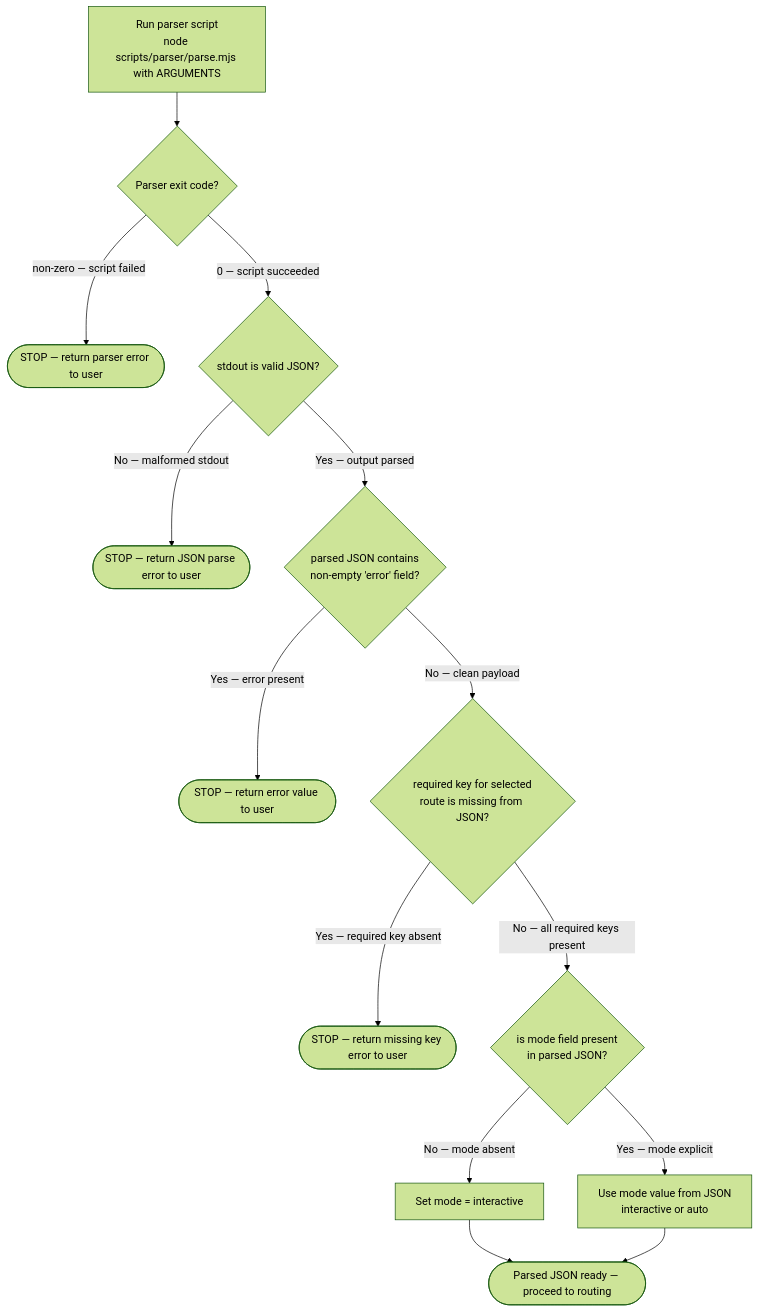
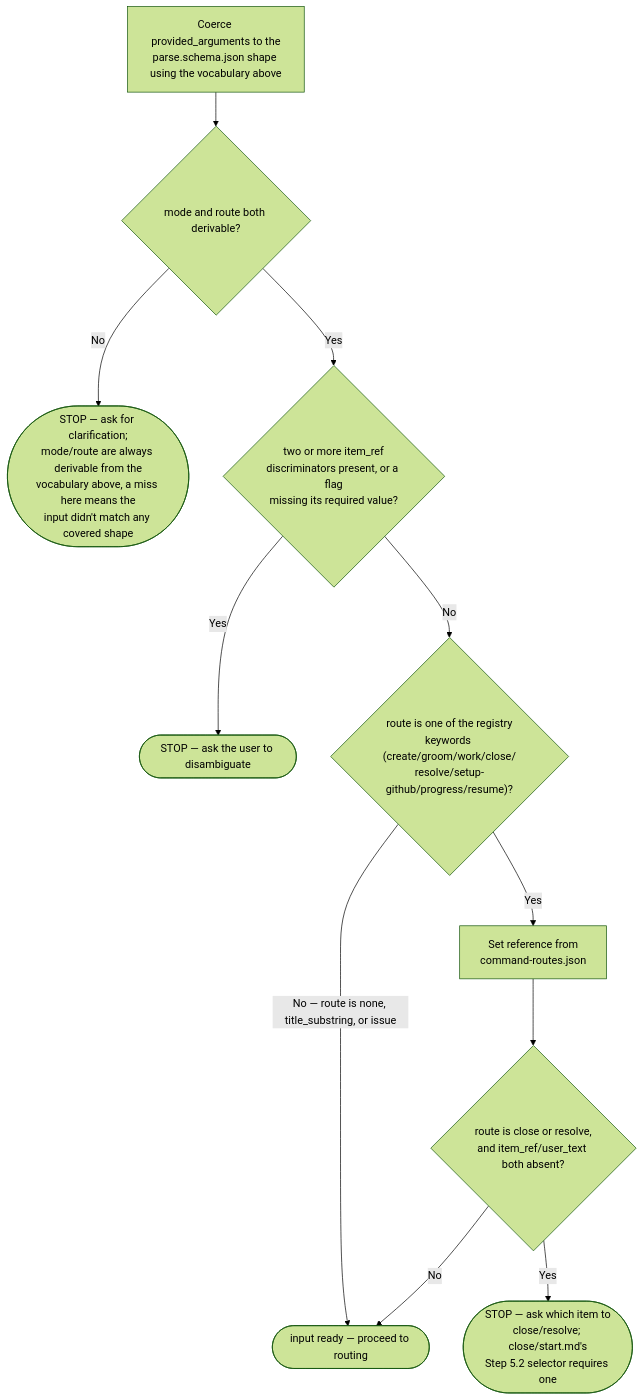
The first of 3 diagrams in plugins/development-harness/skills/work-backlog-item/SKILL.md (Jamie-BitFlight/claude_skills), drawn with Mermaid (forest theme) before and after one commit. The commit also changed other lines of this file and 7 other files, not shown here.

First line of the commit message:
fix(development-harness): eliminate arg-injection vulnerability in work-backlog-item (#2981)

````diff
--- a/plugins/development-harness/skills/work-backlog-item/SKILL.md
+++ b/plugins/development-harness/skills/work-backlog-item/SKILL.md
@@ -35,17 +53,14 @@
 ```mermaid
 flowchart TD
-    %% Run before any routing — parser normalizes all argument forms into structured JSON
-    Parse["Run parser script<br>node scripts/parser/parse.mjs with ARGUMENTS"] --> ExitCheck{"Parser exit code?"}
-    ExitCheck -->|"non-zero — script failed"| ErrExit(["STOP — return parser error to user"])
-    ExitCheck -->|"0 — script succeeded"| JsonCheck{"stdout is valid JSON?"}
-    JsonCheck -->|"No — malformed stdout"| ErrJson(["STOP — return JSON parse error to user"])
-    JsonCheck -->|"Yes — output parsed"| ErrField{"parsed JSON contains<br>non-empty 'error' field?"}
-    ErrField -->|"Yes — error present"| ErrVal(["STOP — return error value to user"])
-    ErrField -->|"No — clean payload"| KeyCheck{"required key for selected<br>route is missing from JSON?"}
-    KeyCheck -->|"Yes — required key absent"| ErrKey(["STOP — return missing key error to user"])
-    KeyCheck -->|"No — all required keys present"| ModeSet{"is mode field present<br>in parsed JSON?"}
-    ModeSet -->|"No — mode absent"| DefaultMode["Set mode = interactive"]
-    ModeSet -->|"Yes — mode explicit"| UseMode["Use mode value from JSON<br>interactive or auto"]
-    DefaultMode --> Ready(["Parsed JSON ready — proceed to routing"])
-    UseMode --> Ready
+    %% No subprocess, no shell — coerce provided_arguments directly against the vocabulary above.
+    Coerce["Coerce provided_arguments to the<br>parse.schema.json shape using the vocabulary above"] --> ReqCheck{"mode and route both derivable?"}
+    ReqCheck -->|"No"| ErrReq(["STOP — ask for clarification;<br>mode/route are always derivable from the<br>vocabulary above, a miss here means the<br>input didn't match any covered shape"])
+    ReqCheck -->|"Yes"| ConflictCheck{"two or more item_ref<br>discriminators present, or a flag<br>missing its required value?"}
+    ConflictCheck -->|"Yes"| ErrConflict(["STOP — ask the user to disambiguate"])
+    ConflictCheck -->|"No"| RouteCheck{"route is one of the registry<br>keywords (create/groom/work/close/<br>resolve/setup-github/progress/resume)?"}
+    RouteCheck -->|"No — route is none, title_substring, or issue"| Ready(["input ready — proceed to routing"])
+    RouteCheck -->|"Yes"| RefLookup["Set reference from<br>command-routes.json"]
+    RefLookup --> NeedRefCheck{"route is close or resolve,<br>and item_ref/user_text both absent?"}
+    NeedRefCheck -->|"Yes"| ErrNoTarget(["STOP — ask which item to<br>close/resolve; close/start.md's<br>Step 5.2 selector requires one"])
+    NeedRefCheck -->|"No"| Ready
 ```
````
